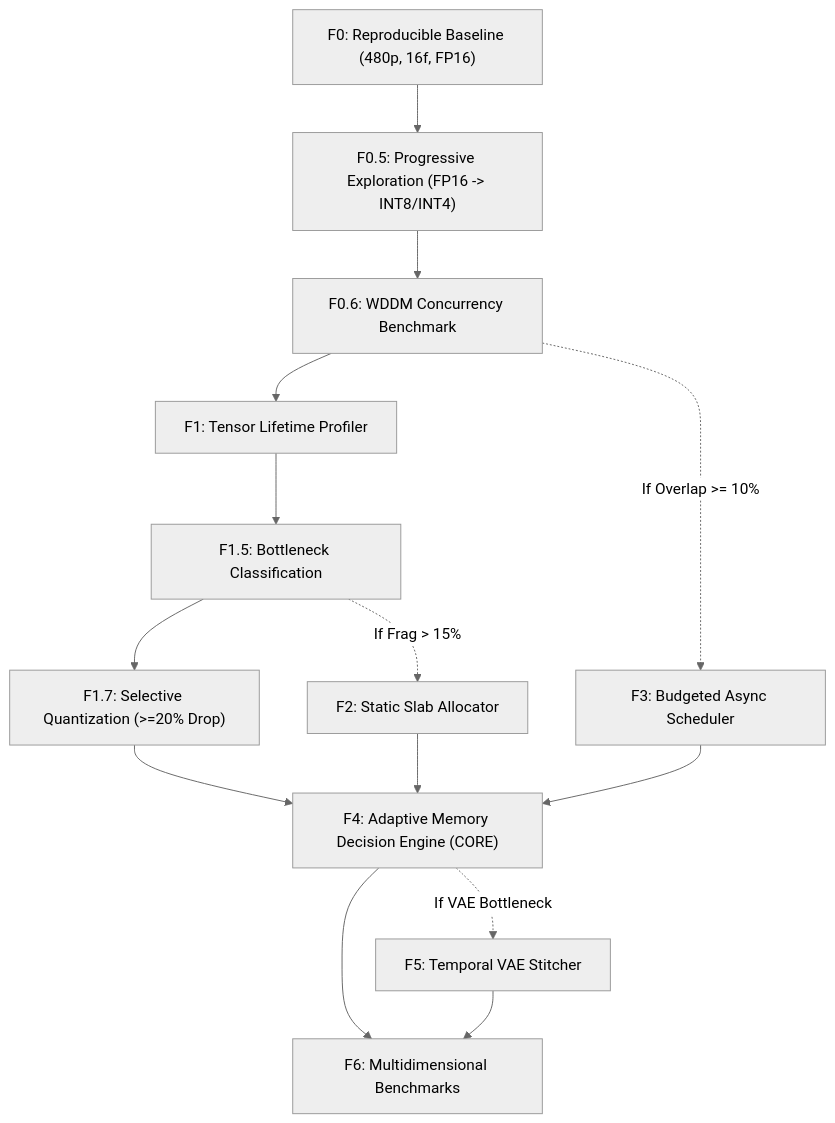
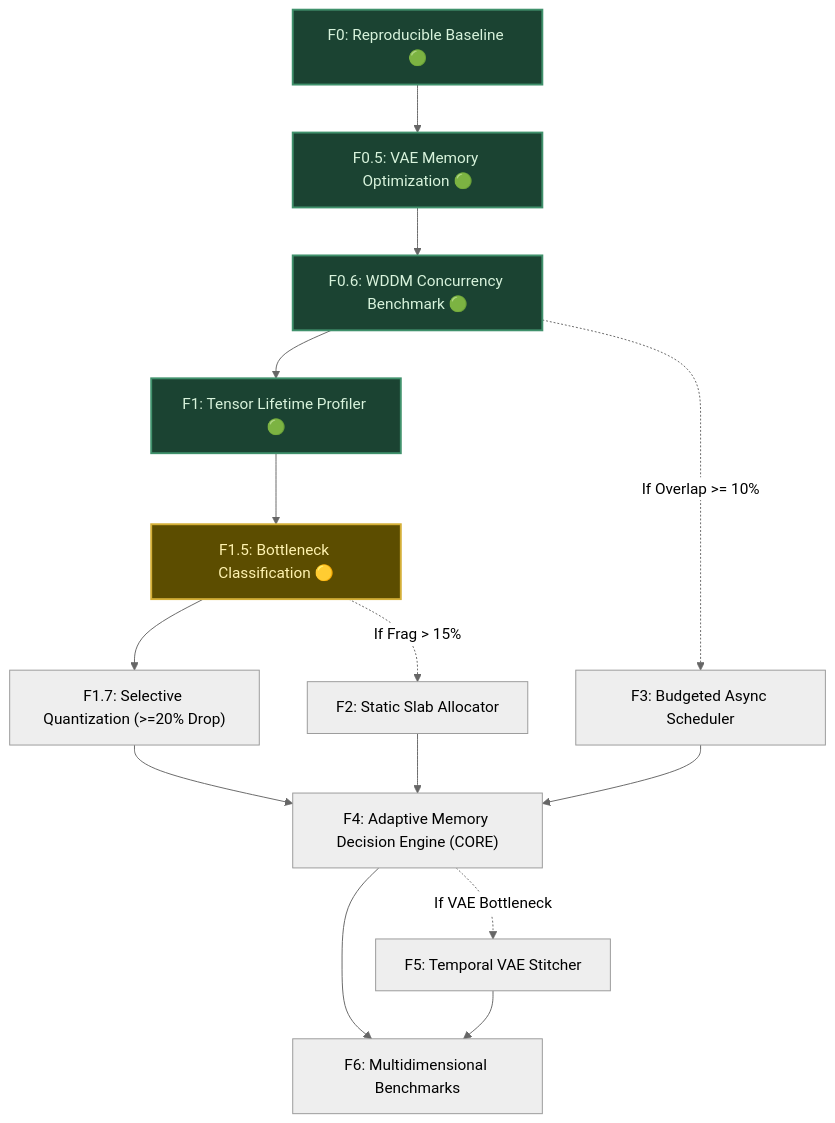
The diagram in ROADMAP.md (LARP/marley-adaptive-runtime), drawn with Mermaid (neutral theme) before and after one commit. The commit also changed other lines of this file, not shown here.

First line of the commit message:
docs(roadmap): update pass statuses, evidence links, and kill gates table

````diff
--- a/ROADMAP.md
+++ b/ROADMAP.md
@@ -47,16 +47,21 @@
 ```mermaid
 flowchart TD
-    F0["F0: Reproducible Baseline (480p, 16f, FP16)"] --> F05["F0.5: Progressive Exploration (FP16 -> INT8/INT4)"]
-    F05 --> F06["F0.6: WDDM Concurrency Benchmark"]
-    F06 --> F1["F1: Tensor Lifetime Profiler"]
-    F1 --> F15["F1.5: Bottleneck Classification"]
+    F0["F0: Reproducible Baseline 🟢"] --> F05["F0.5: VAE Memory Optimization 🟢"]
+    F05 --> F06["F0.6: WDDM Concurrency Benchmark 🟢"]
+    F06 --> F1["F1: Tensor Lifetime Profiler 🟢"]
+    F1 --> F15["F1.5: Bottleneck Classification 🟡"]
     F15 --> F17["F1.7: Selective Quantization (>=20% Drop)"]
     F15 -.->|"If Frag > 15%"| F2["F2: Static Slab Allocator"]
     F06 -.->|"If Overlap >= 10%"| F3["F3: Budgeted Async Scheduler"]
     F17 --> F4["F4: Adaptive Memory Decision Engine (CORE)"]
     F2 --> F4
     F3 --> F4
     F4 -.->|"If VAE Bottleneck"| F5["F5: Temporal VAE Stitcher"]
     F4 --> F6["F6: Multidimensional Benchmarks"]
     F5 --> F6
+
+    classDef pass fill:#1b4332,stroke:#40916c,stroke-width:2px,color:#d8f3dc;
+    classDef inprog fill:#5c4d00,stroke:#d4af37,stroke-width:2px,color:#fff3b0;
+    class F0,F05,F06,F1 pass;
+    class F15 inprog;
 ```
````
